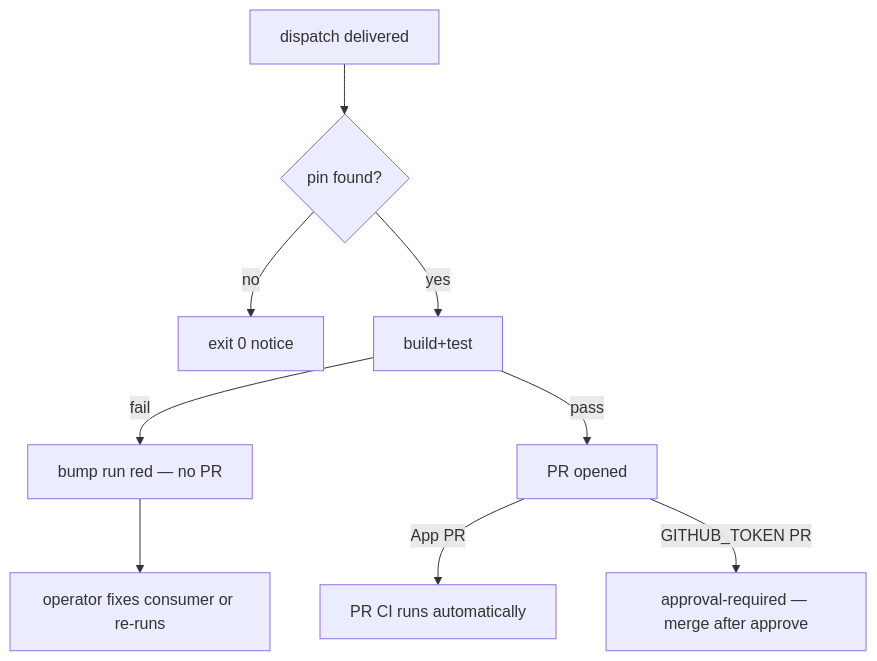
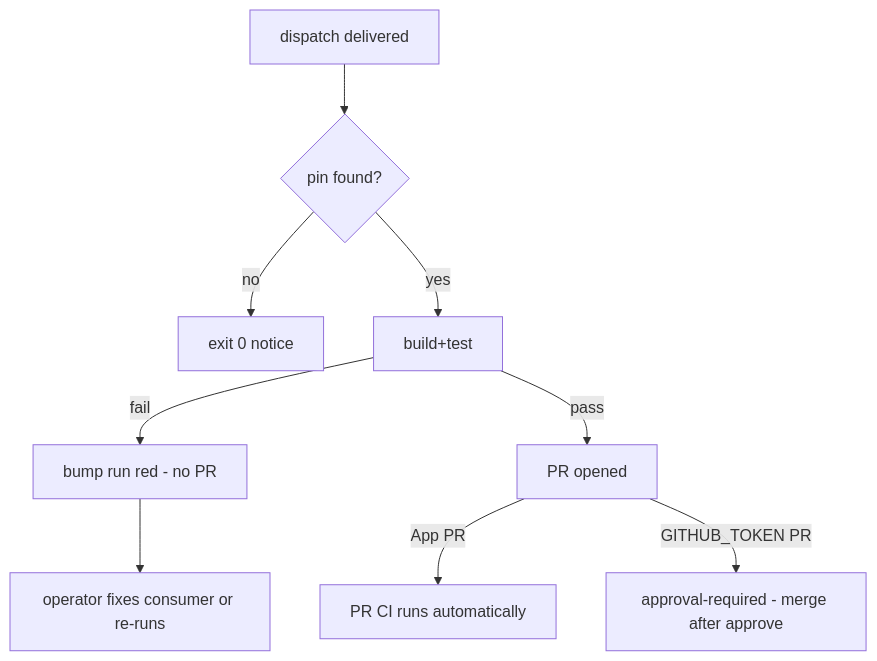
One commit to Sentin8/sentin8-ci changed the seventh of 8 diagrams in DESIGN.md. Above: the diagram before and after it, drawn with Mermaid. The commit also changed other lines of this file and 12 other files, not shown here.

````diff
--- a/DESIGN.md
+++ b/DESIGN.md
@@ -230,11 +230,11 @@
 ```mermaid
 flowchart TD
     D[dispatch delivered] --> R{pin found?}
     R -- no --> S1[exit 0 notice]
     R -- yes --> B[build+test]
-    B -- fail --> F1[bump run red — no PR]
+    B -- fail --> F1[bump run red - no PR]
     F1 --> O1[operator fixes consumer or re-runs]
     B -- pass --> P[PR opened]
     P -- App PR --> CI1[PR CI runs automatically]
-    P -- GITHUB_TOKEN PR --> CI2[approval-required — merge after approve]
+    P -- GITHUB_TOKEN PR --> CI2[approval-required - merge after approve]
 ```
````
